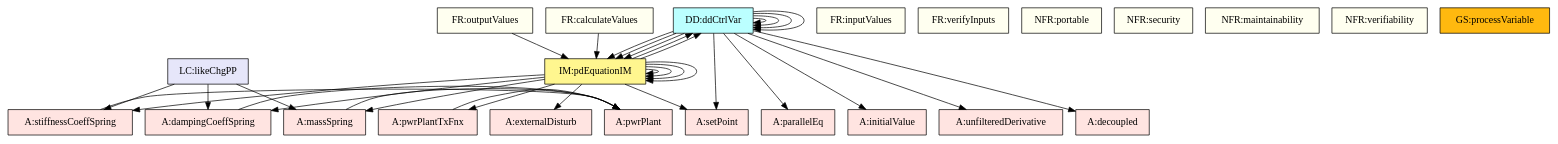
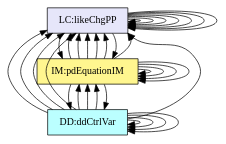
One commit to JacquesCarette/Drasil changed the diagram in code/stable/pdcontroller/TraceyGraph/allvsall.dot. Above: the diagram before and after it, drawn with Graphviz. The commit also changed 53 other files, not shown here.

```diff
--- a/code/stable/pdcontroller/TraceyGraph/allvsall.dot
+++ b/code/stable/pdcontroller/TraceyGraph/allvsall.dot
@@ -1,115 +1,115 @@
 digraph allvsall {
-	pwrPlantTxFnx -> pwrPlant;
-	massSpring -> pwrPlant;
-	dampingCoeffSpring -> pwrPlant;
-	stiffnessCoeffSpring -> pwrPlant;
-	dataDefn:qdProcessErrorFD -> setPoint;
-	dataDefn:qdProcessErrorFD -> initialValue;
+	instance:pwrPlantTxFnx -> instance:pwrPlant;
+	instance:massSpring -> instance:pwrPlant;
+	instance:dampingCoeffSpring -> instance:pwrPlant;
+	instance:stiffnessCoeffSpring -> instance:pwrPlant;
+	dataDefn:qdProcessErrorFD -> instance:setPoint;
+	dataDefn:qdProcessErrorFD -> instance:initialValue;
 	dataDefn:qdProcessErrorFD -> theory:laplaceRC;
 	dataDefn:qdPropControlFD -> dataDefn:qdProcessErrorFD;
 	dataDefn:qdPropControlFD -> theory:laplaceRC;
-	dataDefn:qdDerivativeControlFD -> unfilteredDerivative;
+	dataDefn:qdDerivativeControlFD -> instance:unfilteredDerivative;
 	dataDefn:qdDerivativeControlFD -> dataDefn:qdProcessErrorFD;
 	dataDefn:qdDerivativeControlFD -> theory:laplaceRC;
-	dataDefn:qdCtrlVarFD -> decoupled;
-	dataDefn:qdCtrlVarFD -> parallelEq;
+	dataDefn:qdCtrlVarFD -> instance:decoupled;
+	dataDefn:qdCtrlVarFD -> instance:parallelEq;
 	dataDefn:qdCtrlVarFD -> dataDefn:qdPropControlFD;
 	dataDefn:qdCtrlVarFD -> dataDefn:qdDerivativeControlFD;
-	theory:tmSOSystemRC -> pwrPlantTxFnx;
-	theory:gdPowerPlantRC -> externalDisturb;
-	theory:gdPowerPlantRC -> massSpring;
-	theory:gdPowerPlantRC -> dampingCoeffSpring;
-	theory:gdPowerPlantRC -> stiffnessCoeffSpring;
+	theory:tmSOSystemRC -> instance:pwrPlantTxFnx;
+	theory:gdPowerPlantRC -> instance:externalDisturb;
+	theory:gdPowerPlantRC -> instance:massSpring;
+	theory:gdPowerPlantRC -> instance:dampingCoeffSpring;
+	theory:gdPowerPlantRC -> instance:stiffnessCoeffSpring;
 	theory:gdPowerPlantRC -> theory:laplaceRC;
 	theory:gdPowerPlantRC -> theory:tmSOSystemRC;
-	theory:imPDRC -> setPoint;
+	theory:imPDRC -> instance:setPoint;
 	theory:imPDRC -> dataDefn:qdProcessErrorFD;
 	theory:imPDRC -> dataDefn:qdCtrlVarFD;
 	theory:imPDRC -> theory:invLaplaceRC;
 	theory:imPDRC -> theory:gdPowerPlantRC;
-	calculateValues -> theory:imPDRC;
-	outputValues -> theory:imPDRC;
-	likeChgPP -> massSpring;
-	likeChgPP -> dampingCoeffSpring;
-	likeChgPP -> stiffnessCoeffSpring;
+	instance:calculateValues -> theory:imPDRC;
+	instance:outputValues -> theory:imPDRC;
+	instance:likeChgPP -> instance:massSpring;
+	instance:likeChgPP -> instance:dampingCoeffSpring;
+	instance:likeChgPP -> instance:stiffnessCoeffSpring;
 
 
-	pwrPlant	[shape=box, color=black, style=filled, fillcolor=mistyrose, label="A:pwrPlant"];
-	decoupled	[shape=box, color=black, style=filled, fillcolor=mistyrose, label="A:decoupled"];
-	setPoint	[shape=box, color=black, style=filled, fillcolor=mistyrose, label="A:setPoint"];
-	externalDisturb	[shape=box, color=black, style=filled, fillcolor=mistyrose, label="A:externalDisturb"];
-	initialValue	[shape=box, color=black, style=filled, fillcolor=mistyrose, label="A:initialValue"];
-	parallelEq	[shape=box, color=black, style=filled, fillcolor=mistyrose, label="A:parallelEq"];
-	unfilteredDerivative	[shape=box, color=black, style=filled, fillcolor=mistyrose, label="A:unfilteredDerivative"];
-	pwrPlantTxFnx	[shape=box, color=black, style=filled, fillcolor=mistyrose, label="A:pwrPlantTxFnx"];
-	massSpring	[shape=box, color=black, style=filled, fillcolor=mistyrose, label="A:massSpring"];
-	dampingCoeffSpring	[shape=box, color=black, style=filled, fillcolor=mistyrose, label="A:dampingCoeffSpring"];
-	stiffnessCoeffSpring	[shape=box, color=black, style=filled, fillcolor=mistyrose, label="A:stiffnessCoeffSpring"];
+	instance:pwrPlant	[shape=box, color=black, style=filled, fillcolor=mistyrose, label="A:pwrPlant"];
+	instance:decoupled	[shape=box, color=black, style=filled, fillcolor=mistyrose, label="A:decoupled"];
+	instance:setPoint	[shape=box, color=black, style=filled, fillcolor=mistyrose, label="A:setPoint"];
+	instance:externalDisturb	[shape=box, color=black, style=filled, fillcolor=mistyrose, label="A:externalDisturb"];
+	instance:initialValue	[shape=box, color=black, style=filled, fillcolor=mistyrose, label="A:initialValue"];
+	instance:parallelEq	[shape=box, color=black, style=filled, fillcolor=mistyrose, label="A:parallelEq"];
+	instance:unfilteredDerivative	[shape=box, color=black, style=filled, fillcolor=mistyrose, label="A:unfilteredDerivative"];
+	instance:pwrPlantTxFnx	[shape=box, color=black, style=filled, fillcolor=mistyrose, label="A:pwrPlantTxFnx"];
+	instance:massSpring	[shape=box, color=black, style=filled, fillcolor=mistyrose, label="A:massSpring"];
+	instance:dampingCoeffSpring	[shape=box, color=black, style=filled, fillcolor=mistyrose, label="A:dampingCoeffSpring"];
+	instance:stiffnessCoeffSpring	[shape=box, color=black, style=filled, fillcolor=mistyrose, label="A:stiffnessCoeffSpring"];
 
 	subgraph A {
 	rank="same"
-	{pwrPlant, decoupled, setPoint, externalDisturb, initialValue, parallelEq, unfilteredDerivative, pwrPlantTxFnx, massSpring, dampingCoeffSpring, stiffnessCoeffSpring}
+	{instance:pwrPlant, instance:decoupled, instance:setPoint, instance:externalDisturb, instance:initialValue, instance:parallelEq, instance:unfilteredDerivative, instance:pwrPlantTxFnx, instance:massSpring, instance:dampingCoeffSpring, instance:stiffnessCoeffSpring}
 	}
 
 	dataDefn:qdProcessErrorFD	[shape=box, color=black, style=filled, fillcolor=paleturquoise1, label="DD:ddProcessError"];
 	dataDefn:qdPropControlFD	[shape=box, color=black, style=filled, fillcolor=paleturquoise1, label="DD:ddPropCtrl"];
 	dataDefn:qdDerivativeControlFD	[shape=box, color=black, style=filled, fillcolor=paleturquoise1, label="DD:ddDerivCtrl"];
 	dataDefn:qdCtrlVarFD	[shape=box, color=black, style=filled, fillcolor=paleturquoise1, label="DD:ddCtrlVar"];
 
 	subgraph DD {
 	rank="same"
 	{dataDefn:qdProcessErrorFD, dataDefn:qdPropControlFD, dataDefn:qdDerivativeControlFD, dataDefn:qdCtrlVarFD}
 	}
 
 	theory:laplaceRC	[shape=box, color=black, style=filled, fillcolor=pink, label="TM:laplaceTransform"];
 	theory:invLaplaceRC	[shape=box, color=black, style=filled, fillcolor=pink, label="TM:invLaplaceTransform"];
 	theory:tmSOSystemRC	[shape=box, color=black, style=filled, fillcolor=pink, label="TM:tmSOSystem"];
 
 	subgraph TM {
 	rank="same"
 	{theory:laplaceRC, theory:invLaplaceRC, theory:tmSOSystemRC}
 	}
 
 	theory:gdPowerPlantRC	[shape=box, color=black, style=filled, fillcolor=palegreen, label="GD:gdPowerPlant"];
 
 	subgraph GD {
 	rank="same"
 	{theory:gdPowerPlantRC}
 	}
 
 	theory:imPDRC	[shape=box, color=black, style=filled, fillcolor=khaki1, label="IM:pdEquationIM"];
 
 	subgraph IM {
 	rank="same"
 	{theory:imPDRC}
 	}
 
-	inputValues	[shape=box, color=black, style=filled, fillcolor=ivory, label="FR:inputValues"];
-	verifyInputs	[shape=box, color=black, style=filled, fillcolor=ivory, label="FR:verifyInputs"];
-	calculateValues	[shape=box, color=black, style=filled, fillcolor=ivory, label="FR:calculateValues"];
-	outputValues	[shape=box, color=black, style=filled, fillcolor=ivory, label="FR:outputValues"];
-	portable	[shape=box, color=black, style=filled, fillcolor=ivory, label="NFR:portable"];
-	security	[shape=box, color=black, style=filled, fillcolor=ivory, label="NFR:security"];
-	maintainability	[shape=box, color=black, style=filled, fillcolor=ivory, label="NFR:maintainability"];
-	verifiability	[shape=box, color=black, style=filled, fillcolor=ivory, label="NFR:verifiability"];
+	instance:inputValues	[shape=box, color=black, style=filled, fillcolor=ivory, label="FR:inputValues"];
+	instance:verifyInputs	[shape=box, color=black, style=filled, fillcolor=ivory, label="FR:verifyInputs"];
+	instance:calculateValues	[shape=box, color=black, style=filled, fillcolor=ivory, label="FR:calculateValues"];
+	instance:outputValues	[shape=box, color=black, style=filled, fillcolor=ivory, label="FR:outputValues"];
+	instance:portable	[shape=box, color=black, style=filled, fillcolor=ivory, label="NFR:portable"];
+	instance:security	[shape=box, color=black, style=filled, fillcolor=ivory, label="NFR:security"];
+	instance:maintainability	[shape=box, color=black, style=filled, fillcolor=ivory, label="NFR:maintainability"];
+	instance:verifiability	[shape=box, color=black, style=filled, fillcolor=ivory, label="NFR:verifiability"];
 
 	subgraph FR {
 	rank="same"
-	{inputValues, verifyInputs, calculateValues, outputValues, portable, security, maintainability, verifiability}
+	{instance:inputValues, instance:verifyInputs, instance:calculateValues, instance:outputValues, instance:portable, instance:security, instance:maintainability, instance:verifiability}
 	}
 
-	processVariable	[shape=box, color=black, style=filled, fillcolor=darkgoldenrod1, label="GS:processVariable"];
+	instance:processVariable	[shape=box, color=black, style=filled, fillcolor=darkgoldenrod1, label="GS:processVariable"];
 
 	subgraph GS {
 	rank="same"
-	{processVariable}
+	{instance:processVariable}
 	}
 
-	likeChgPP	[shape=box, color=black, style=filled, fillcolor=lavender, label="LC:likeChgPP"];
+	instance:likeChgPP	[shape=box, color=black, style=filled, fillcolor=lavender, label="LC:likeChgPP"];
 
 	subgraph LC {
 	rank="same"
-	{likeChgPP}
+	{instance:likeChgPP}
 	}
 
 }
```
